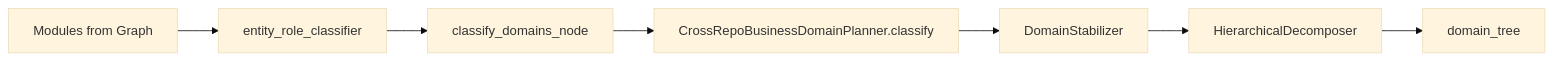
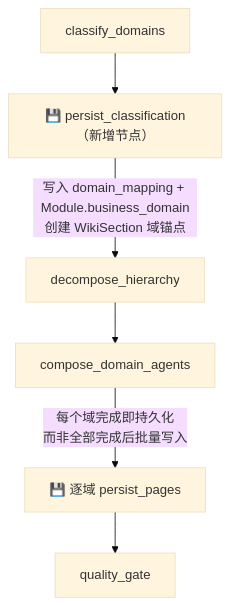
One commit to EarthChen/knowledge-base-service changed the second of 2 diagrams in docs/superpowers/specs/2026-05-12-agent-wiki-quality-and-tree-fix.md. Above: the diagram before and after it, drawn with Mermaid (base theme). The commit also changed other lines of this file and 7 other files, not shown here.

First line of the commit message:
fix: wiki entity linking, mermaid rendering, and domain classification v2 plan

````diff
--- a/docs/superpowers/specs/2026-05-12-agent-wiki-quality-and-tree-fix.md
+++ b/docs/superpowers/specs/2026-05-12-agent-wiki-quality-and-tree-fix.md
@@ -175,9 +265,8 @@
 ```mermaid
-flowchart LR
-    A[Modules from Graph] --> B[entity_role_classifier]
-    B --> C[classify_domains_node]
-    C --> D[CrossRepoBusinessDomainPlanner.classify]
-    D --> E[DomainStabilizer]
-    E --> F[HierarchicalDecomposer]
-    F --> G[domain_tree]
+flowchart TD
+    A[classify_domains] --> B["💾 persist_classification（新增节点）"]
+    B -->|"写入 domain_mapping + Module.business_domain\n创建 WikiSection 域锚点"| C[decompose_hierarchy]
+    C --> D[compose_domain_agents]
+    D -->|"每个域完成即持久化\n而非全部完成后批量写入"| E["💾 逐域 persist_pages"]
+    E --> F[quality_gate]
 ```
````
